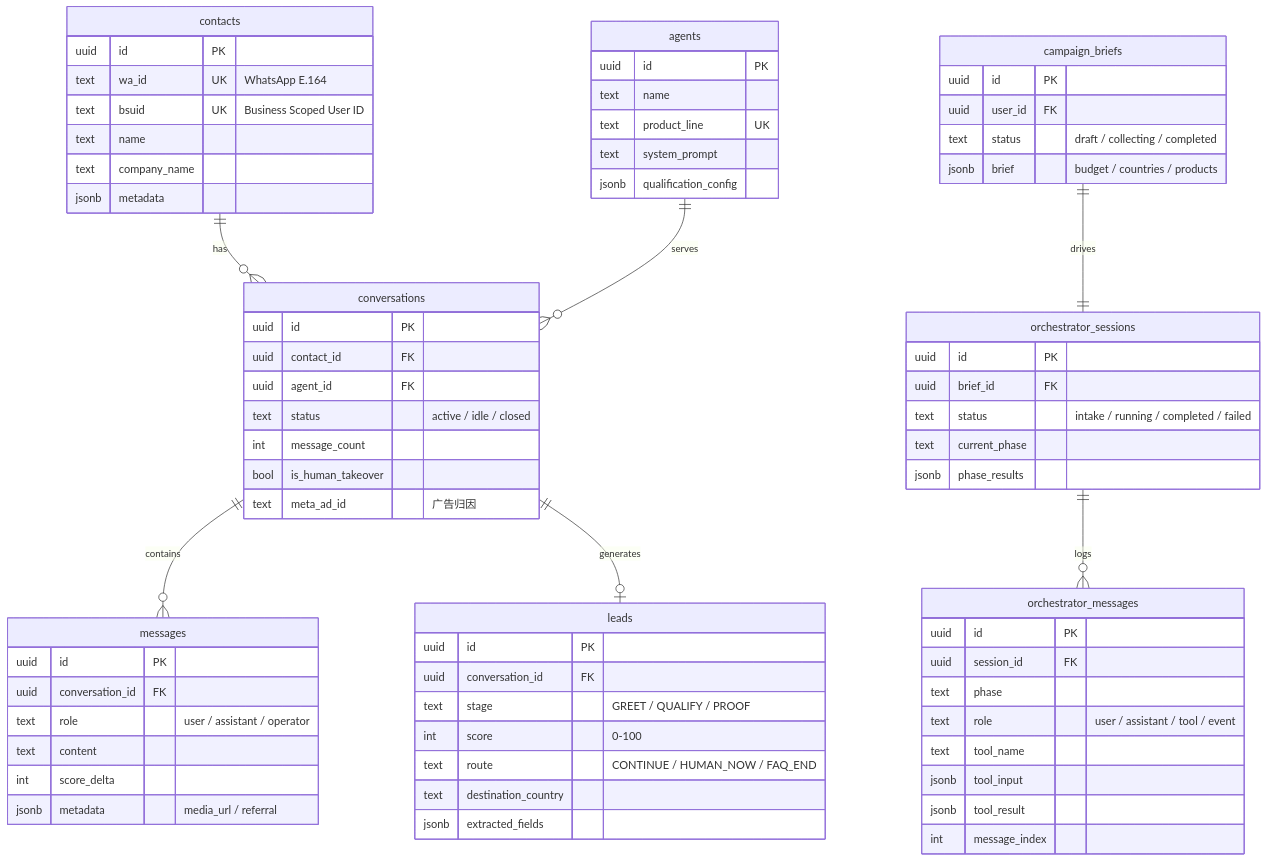
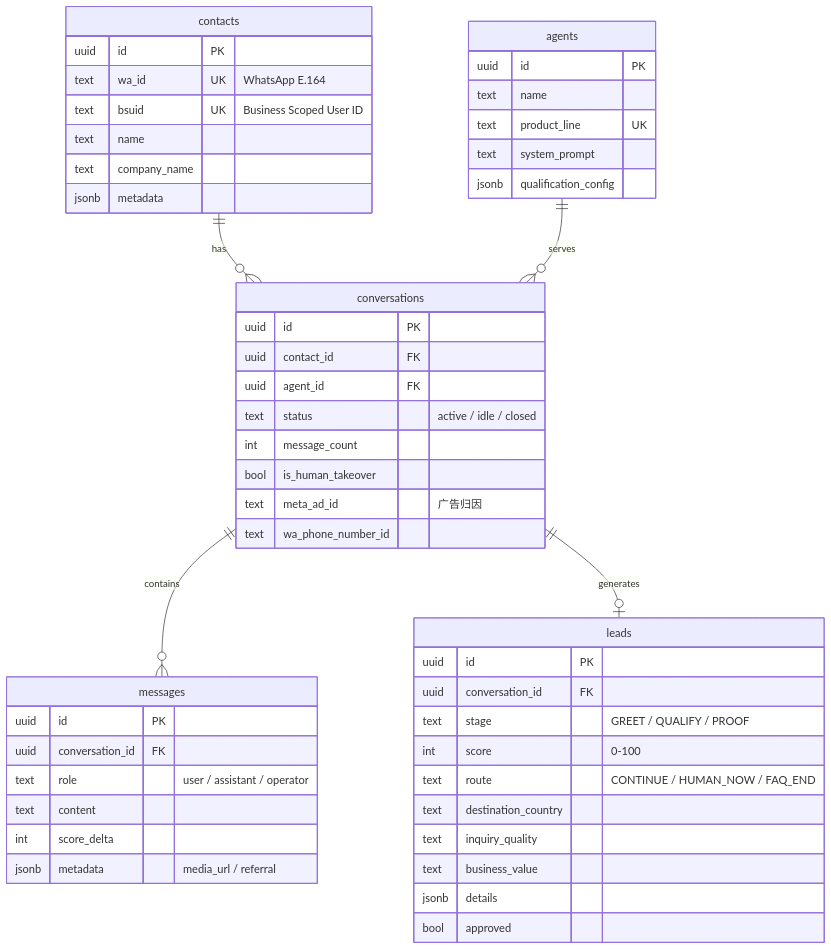
The fifth of 12 diagrams in README.md (Sciiaok/xuqiu-bot), drawn with Mermaid before and after one commit. The commit also changed other lines of this file and 172 other files, not shown here.

````diff
--- a/README.md
+++ b/README.md
@@ -363,81 +395,57 @@
 ```mermaid
 erDiagram
     contacts ||--o{ conversations : has
     conversations ||--o{ messages : contains
     conversations ||--o| leads : generates
     agents ||--o{ conversations : serves
 
     contacts {
         uuid id PK
         text wa_id UK "WhatsApp E.164"
         text bsuid UK "Business Scoped User ID"
         text name
         text company_name
         jsonb metadata
     }
 
     conversations {
         uuid id PK
         uuid contact_id FK
         uuid agent_id FK
         text status "active / idle / closed"
         int message_count
         bool is_human_takeover
         text meta_ad_id "广告归因"
+        text wa_phone_number_id
     }
 
     messages {
         uuid id PK
         uuid conversation_id FK
         text role "user / assistant / operator"
         text content
         int score_delta
         jsonb metadata "media_url / referral"
     }
 
     leads {
         uuid id PK
         uuid conversation_id FK
         text stage "GREET / QUALIFY / PROOF"
         int score "0-100"
         text route "CONTINUE / HUMAN_NOW / FAQ_END"
         text destination_country
-        jsonb extracted_fields
+        text inquiry_quality
+        text business_value
+        jsonb details
+        bool approved
     }
 
     agents {
         uuid id PK
         text name
         text product_line UK
         text system_prompt
         jsonb qualification_config
     }
-
-    campaign_briefs ||--|| orchestrator_sessions : drives
-    campaign_briefs {
-        uuid id PK
-        uuid user_id FK
-        text status "draft / collecting / completed"
-        jsonb brief "budget / countries / products"
-    }
-
-    orchestrator_sessions {
-        uuid id PK
-        uuid brief_id FK
-        text status "intake / running / completed / failed"
-        text current_phase
-        jsonb phase_results
-    }
-
-    orchestrator_sessions ||--o{ orchestrator_messages : logs
-    orchestrator_messages {
-        uuid id PK
-        uuid session_id FK
-        text phase
-        text role "user / assistant / tool / event"
-        text tool_name
-        jsonb tool_input
-        jsonb tool_result
-        int message_index
-    }
 ```
````
